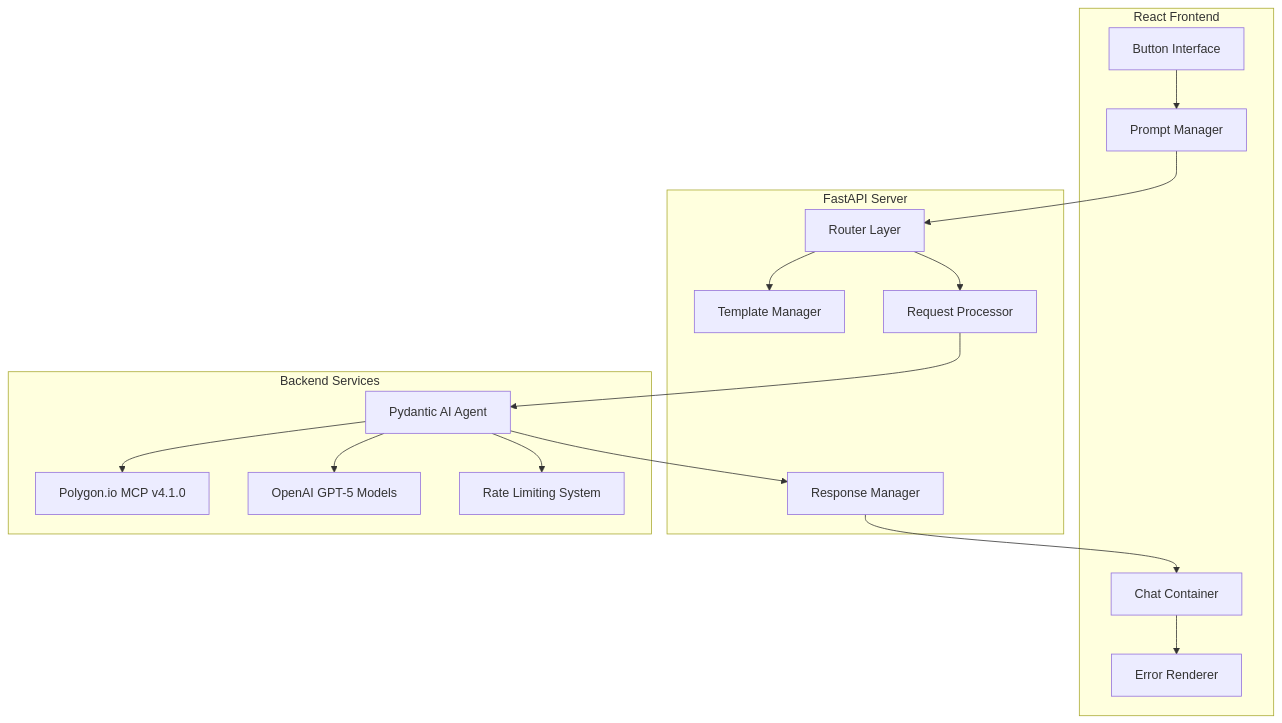
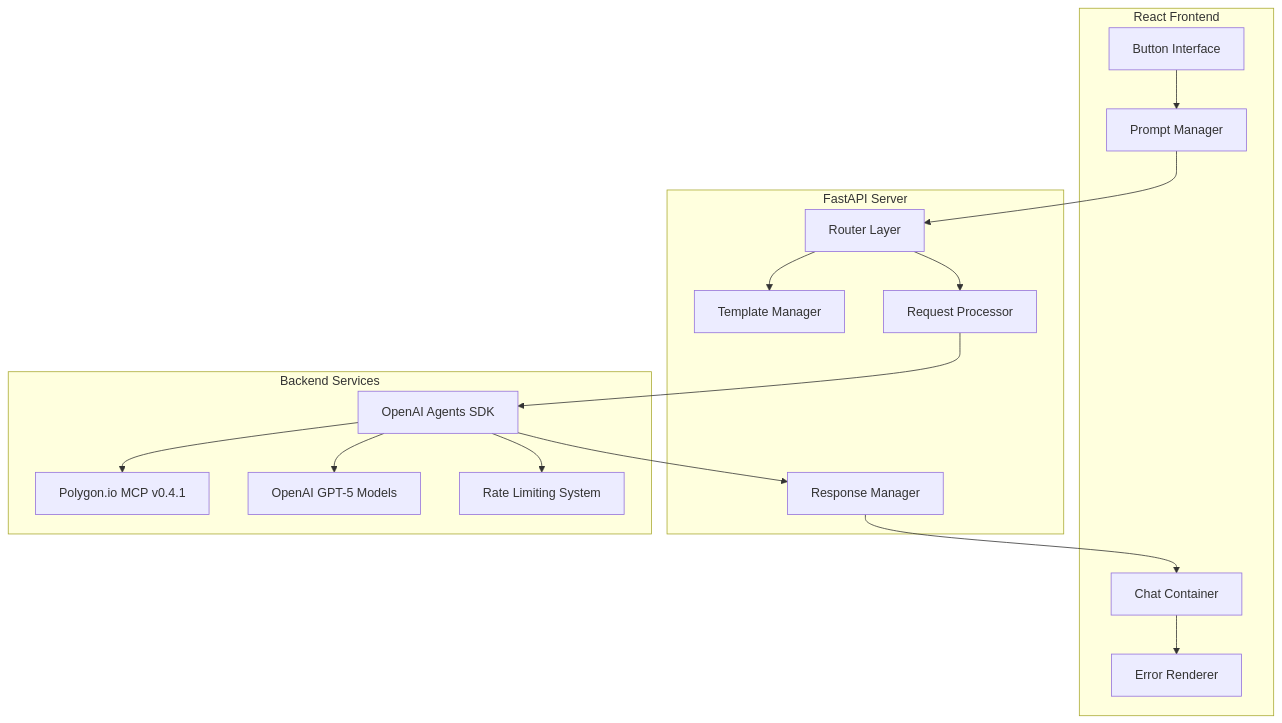
One commit to AnthonyVo1987/market-parser-polygon-mcp changed the diagram in docs/api/api-integration-guide.md. Above: the diagram before and after it, drawn with Mermaid. The commit also changed other lines of this file and 15 other files, not shown here.

````diff
--- a/docs/api/api-integration-guide.md
+++ b/docs/api/api-integration-guide.md
@@ -19,35 +19,35 @@
 ```mermaid
 graph TB
     subgraph "React Frontend"
         UI[Button Interface]
         PM[Prompt Manager]
         CC[Chat Container]
         ER[Error Renderer]
     end
     
     subgraph "FastAPI Server"
         RT[Router Layer]
         TM[Template Manager]
         RP[Request Processor]
         RM[Response Manager]
     end
     
     subgraph "Backend Services"
-        AI[Pydantic AI Agent]
-        PG[Polygon.io MCP v4.1.0]
+        AI[OpenAI Agents SDK]
+        PG[Polygon.io MCP v0.4.1]
         OA[OpenAI GPT-5 Models]
         RL[Rate Limiting System]
     end
     
     UI --> PM
     PM --> RT
     RT --> TM
     RT --> RP
     RP --> AI
     AI --> PG
     AI --> OA
     AI --> RL
     AI --> RM
     RM --> CC
     CC --> ER
 ```
````
